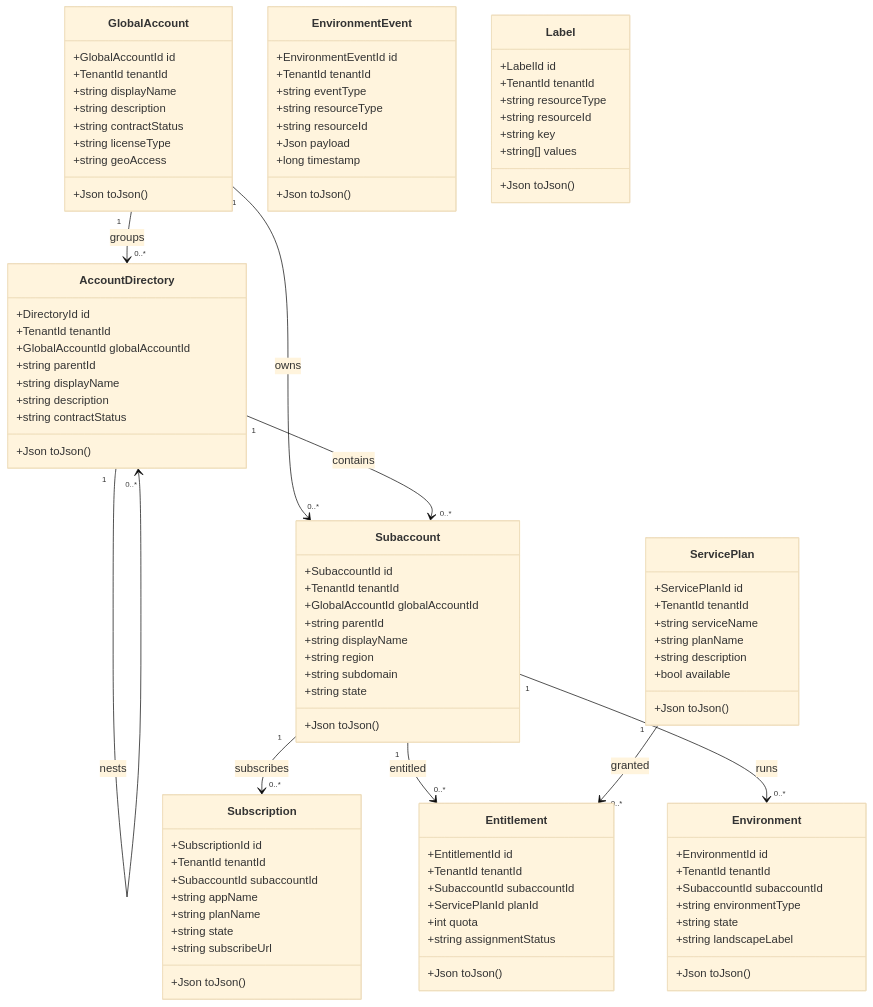
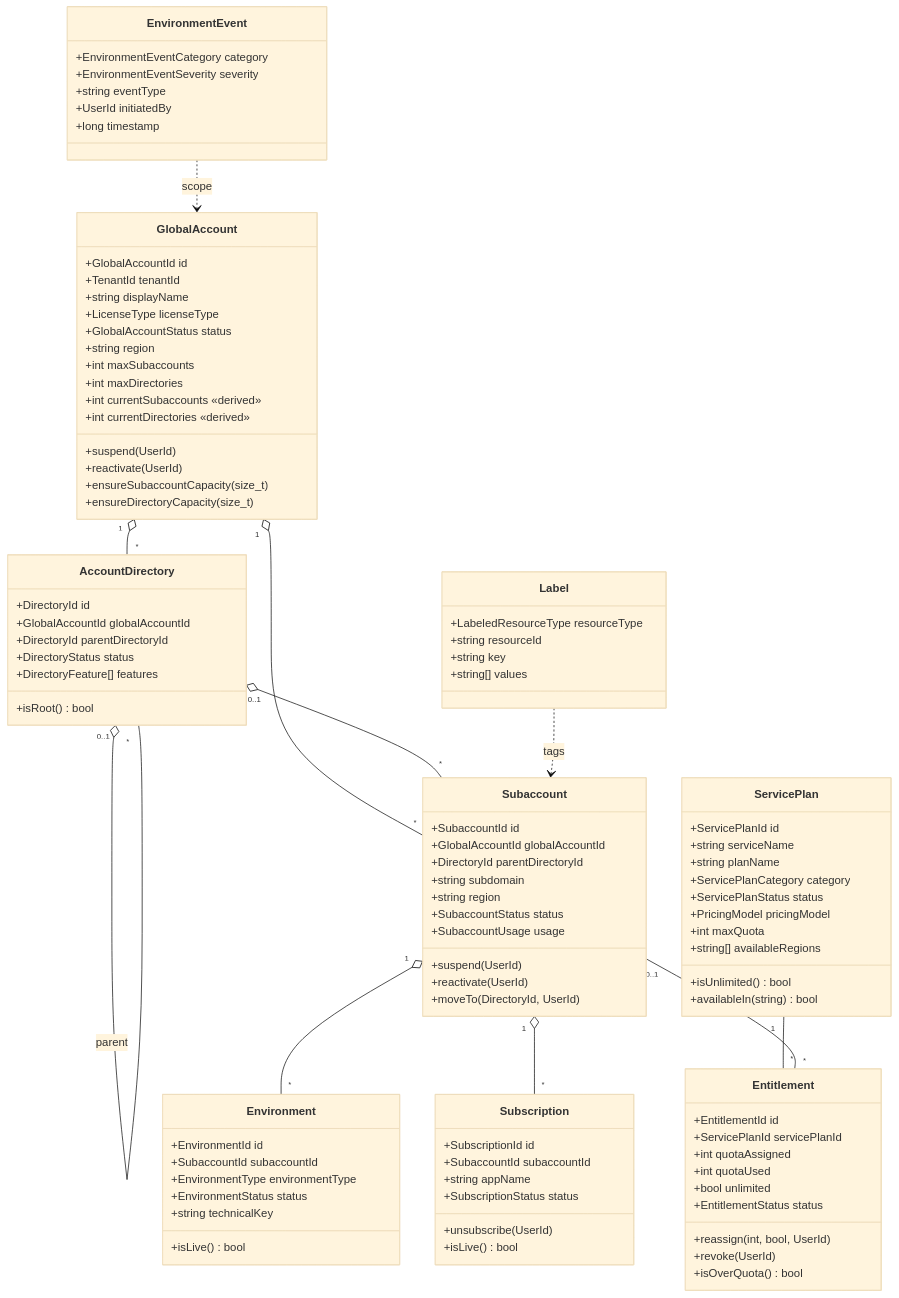
Before and after one commit to UIMSolutions/uim-platform: the second of 5 diagrams in management/UML.md, drawn with Mermaid (base theme). The commit also changed other lines of this file and 36 other files, not shown here.

````diff
--- a/management/UML.md
+++ b/management/UML.md
@@ -10,99 +49,102 @@
 ```mermaid
 classDiagram
-    class GlobalAccount {
-        +GlobalAccountId id
-        +TenantId tenantId
-        +string displayName
-        +string description
-        +string contractStatus
-        +string licenseType
-        +string geoAccess
-        +Json toJson()
-    }
-    class AccountDirectory {
-        +DirectoryId id
-        +TenantId tenantId
-        +GlobalAccountId globalAccountId
-        +string parentId
-        +string displayName
-        +string description
-        +string contractStatus
-        +Json toJson()
-    }
-    class Subaccount {
-        +SubaccountId id
-        +TenantId tenantId
-        +GlobalAccountId globalAccountId
-        +string parentId
-        +string displayName
-        +string region
-        +string subdomain
-        +string state
-        +Json toJson()
-    }
-    class Subscription {
-        +SubscriptionId id
-        +TenantId tenantId
-        +SubaccountId subaccountId
-        +string appName
-        +string planName
-        +string state
-        +string subscribeUrl
-        +Json toJson()
-    }
-    class ServicePlan {
-        +ServicePlanId id
-        +TenantId tenantId
-        +string serviceName
-        +string planName
-        +string description
-        +bool available
-        +Json toJson()
-    }
-    class Entitlement {
-        +EntitlementId id
-        +TenantId tenantId
-        +SubaccountId subaccountId
-        +ServicePlanId planId
-        +int quota
-        +string assignmentStatus
-        +Json toJson()
-    }
-    class Environment {
-        +EnvironmentId id
-        +TenantId tenantId
-        +SubaccountId subaccountId
-        +string environmentType
-        +string state
-        +string landscapeLabel
-        +Json toJson()
-    }
-    class EnvironmentEvent {
-        +EnvironmentEventId id
-        +TenantId tenantId
-        +string eventType
-        +string resourceType
-        +string resourceId
-        +Json payload
-        +long timestamp
-        +Json toJson()
-    }
-    class Label {
-        +LabelId id
-        +TenantId tenantId
-        +string resourceType
-        +string resourceId
-        +string key
-        +string[] values
-        +Json toJson()
-    }
+  class GlobalAccount {
+    +GlobalAccountId id
+    +TenantId tenantId
+    +string displayName
+    +LicenseType licenseType
+    +GlobalAccountStatus status
+    +string region
+    +int maxSubaccounts
+    +int maxDirectories
+    +int currentSubaccounts «derived»
+    +int currentDirectories «derived»
+    +suspend(UserId)
+    +reactivate(UserId)
+    +ensureSubaccountCapacity(size_t)
+    +ensureDirectoryCapacity(size_t)
+  }
+  class AccountDirectory {
+    +DirectoryId id
+    +GlobalAccountId globalAccountId
+    +DirectoryId parentDirectoryId
+    +DirectoryStatus status
+    +DirectoryFeature[] features
+    +isRoot() bool
+  }
+  class Subaccount {
+    +SubaccountId id
+    +GlobalAccountId globalAccountId
+    +DirectoryId parentDirectoryId
+    +string subdomain
+    +string region
+    +SubaccountStatus status
+    +SubaccountUsage usage
+    +suspend(UserId)
+    +reactivate(UserId)
+    +moveTo(DirectoryId, UserId)
+  }
+  class ServicePlan {
+    +ServicePlanId id
+    +string serviceName
+    +string planName
+    +ServicePlanCategory category
+    +ServicePlanStatus status
+    +PricingModel pricingModel
+    +int maxQuota
+    +string[] availableRegions
+    +isUnlimited() bool
+    +availableIn(string) bool
+  }
+  class Entitlement {
+    +EntitlementId id
+    +ServicePlanId servicePlanId
+    +int quotaAssigned
+    +int quotaUsed
+    +bool unlimited
+    +EntitlementStatus status
+    +reassign(int, bool, UserId)
+    +revoke(UserId)
+    +isOverQuota() bool
+  }
+  class Environment {
+    +EnvironmentId id
+    +SubaccountId subaccountId
+    +EnvironmentType environmentType
+    +EnvironmentStatus status
+    +string technicalKey
+    +isLive() bool
+  }
+  class Subscription {
+    +SubscriptionId id
+    +SubaccountId subaccountId
+    +string appName
+    +SubscriptionStatus status
+    +unsubscribe(UserId)
+    +isLive() bool
+  }
+  class Label {
+    +LabeledResourceType resourceType
+    +string resourceId
+    +string key
+    +string[] values
+  }
+  class EnvironmentEvent {
+    +EnvironmentEventCategory category
+    +EnvironmentEventSeverity severity
+    +string eventType
+    +UserId initiatedBy
+    +long timestamp
+  }
 
-    GlobalAccount "1" --> "0..*" AccountDirectory : groups
-    GlobalAccount "1" --> "0..*" Subaccount : owns
-    AccountDirectory "1" --> "0..*" AccountDirectory : nests
-    AccountDirectory "1" --> "0..*" Subaccount : contains
-    Subaccount "1" --> "0..*" Subscription : subscribes
-    Subaccount "1" --> "0..*" Entitlement : entitled
-    Subaccount "1" --> "0..*" Environment : runs
-    ServicePlan "1" --> "0..*" Entitlement : granted
+  GlobalAccount "1" o-- "*" AccountDirectory
+  AccountDirectory "0..1" o-- "*" AccountDirectory : parent
+  GlobalAccount "1" o-- "*" Subaccount
+  AccountDirectory "0..1" o-- "*" Subaccount
+  Subaccount "1" o-- "*" Environment
+  Subaccount "1" o-- "*" Subscription
+  ServicePlan "1" -- "*" Entitlement
+  Subaccount "0..1" -- "*" Entitlement
+  Label ..> Subaccount : tags
+  EnvironmentEvent ..> GlobalAccount : scope
 ```
````
